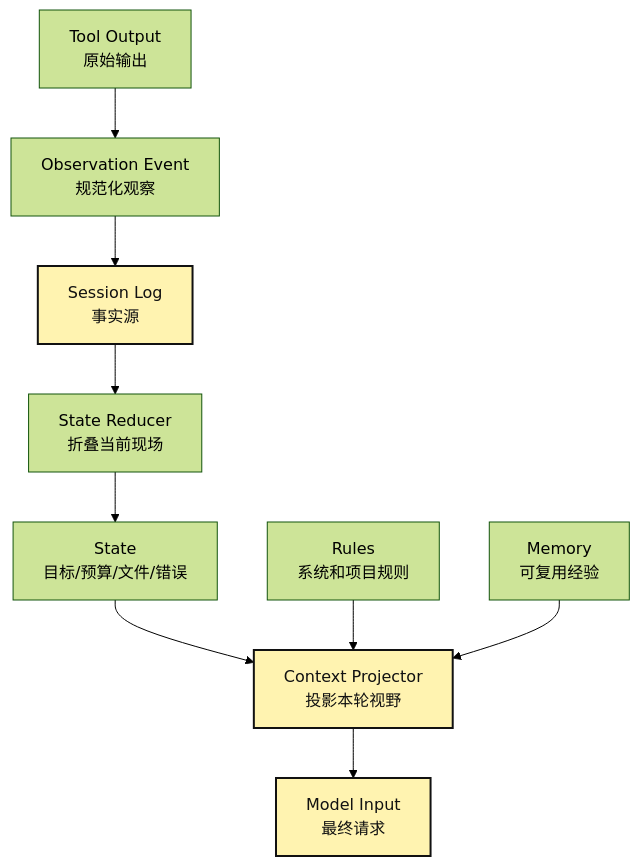
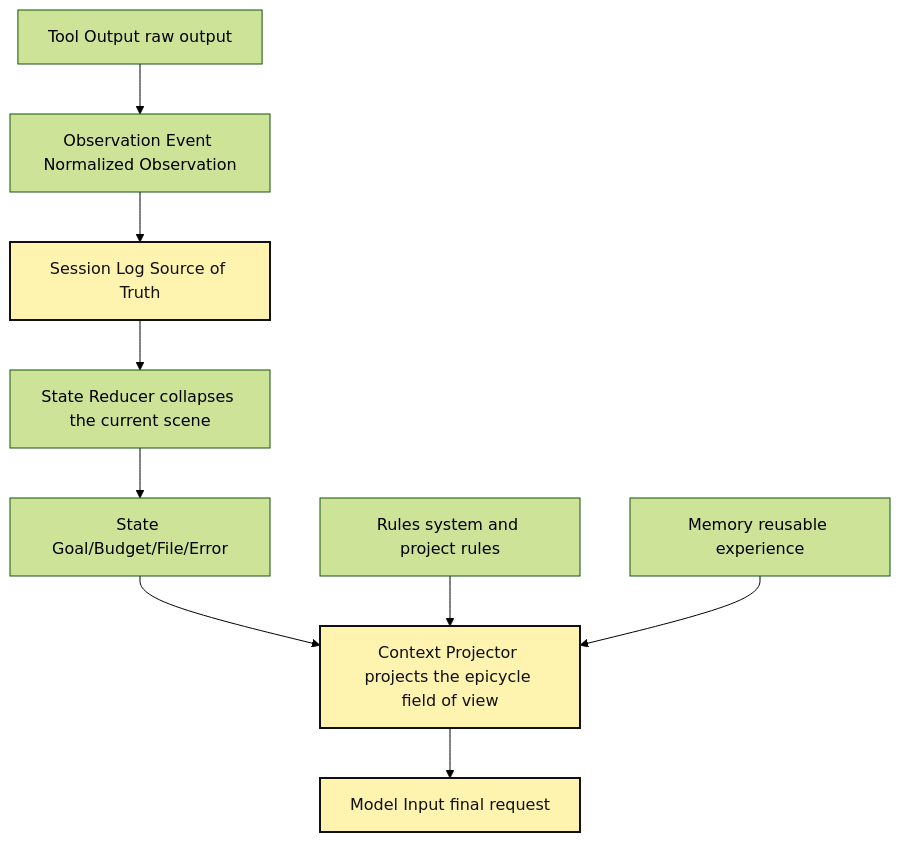
Before and after one commit to LienJack/learn-agent: the diagram in src/content/blog/en/AI/build-harness/assets/00-15-context-policy-model-input/mermaid-03.mmd, drawn with Mermaid (forest theme). The commit also changed 665 other files, not shown here.

```diff
--- a/src/content/blog/en/AI/build-harness/assets/00-15-context-policy-model-input/mermaid-03.mmd
+++ b/src/content/blog/en/AI/build-harness/assets/00-15-context-policy-model-input/mermaid-03.mmd
@@ -1,15 +1,15 @@
 flowchart TB
-  OUT["Tool Output\n原始输出"] --> OBS["Observation Event\n规范化观察"]
-  OBS --> LOG["Session Log\n事实源"]
-  LOG --> REDUCE["State Reducer\n折叠当前现场"]
-  REDUCE --> STATE["State\n目标/预算/文件/错误"]
-  STATE --> PROJECT["Context Projector\n投影本轮视野"]
-  RULE["Rules\n系统和项目规则"] --> PROJECT
-  MEM["Memory\n可复用经验"] --> PROJECT
-  PROJECT --> INPUT["Model Input\n最终请求"]
+  OUT["Tool Output raw output"] --> OBS["Observation Event Normalized Observation"]
+  OBS --> LOG["Session Log Source of Truth"]
+  LOG --> REDUCE["State Reducer collapses the current scene"]
+  REDUCE --> STATE["State Goal/Budget/File/Error"]
+  STATE --> PROJECT["Context Projector projects the epicycle field of view"]
+  RULE["Rules system and project rules"] --> PROJECT
+  MEM["Memory reusable experience"] --> PROJECT
+  PROJECT --> INPUT["Model Input final request"]
 
   LOG:::hot
   PROJECT:::hot
   INPUT:::hot
 
   classDef hot fill:#fff3b0,stroke:#111,stroke-width:2px,color:#111;
```
